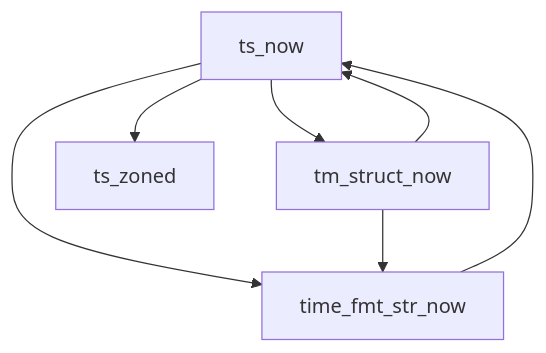
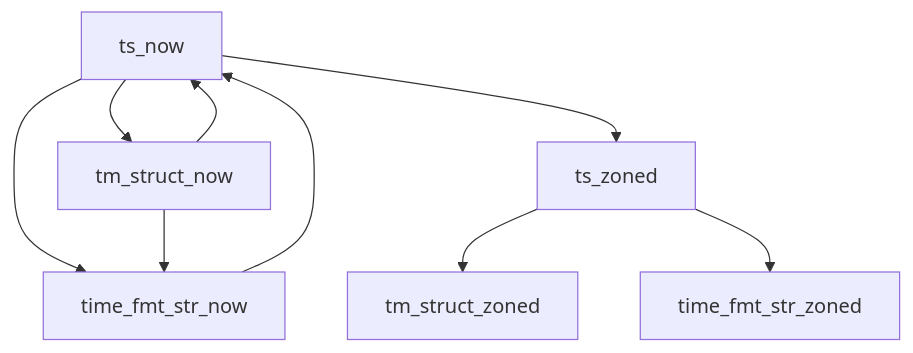
One commit to mikeli94cn/c changed the second of 2 diagrams in flowchart.md. Above: the diagram before and after it, drawn with Mermaid. The commit also changed other lines of this file, not shown here.

Commit message:
time in c

````diff
--- a/flowchart.md
+++ b/flowchart.md
@@ -25,9 +25,11 @@
 ```mermaid
 flowchart TD
     A[ts_now] --> B[tm_struct_now]
     A --> C[time_fmt_str_now]  
     B --> C
     B --> A
     C --> A
     A --> D[ts_zoned]
+    D --> E[tm_struct_zoned]
+    D --> F[time_fmt_str_zoned]
 ```
````
